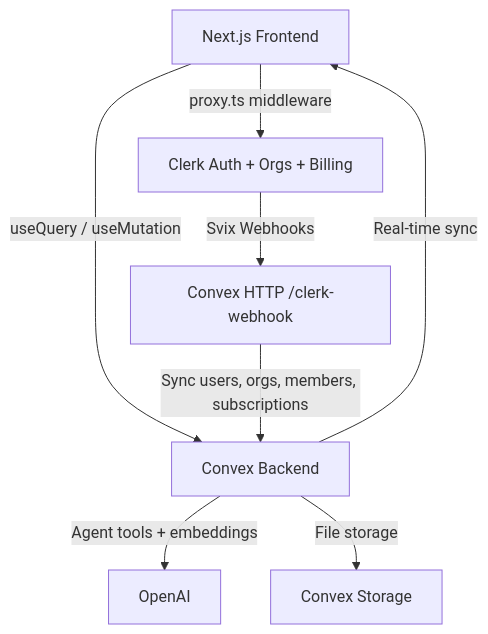
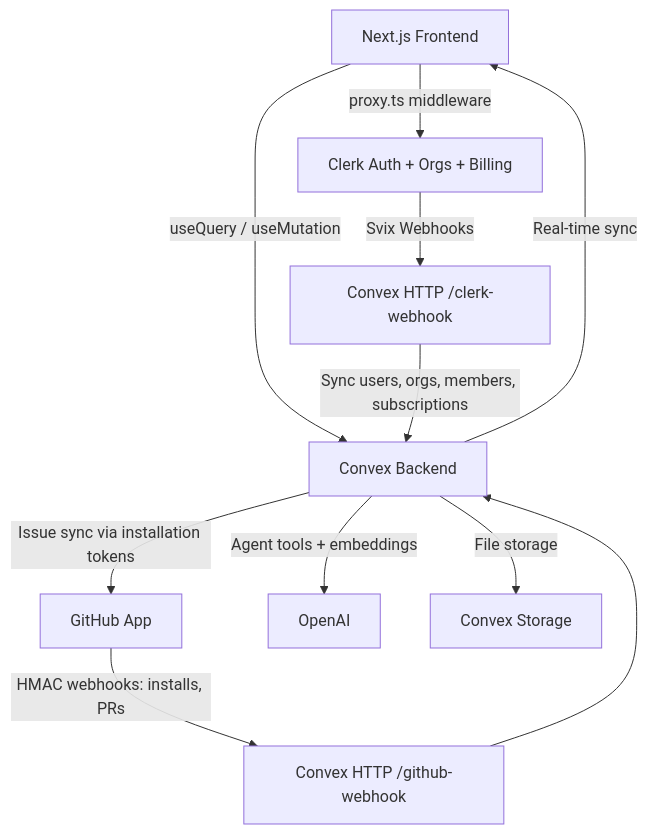
One commit to MasterBhuvnesh/skarm changed the diagram in .github/README.md. Above: the diagram before and after it, drawn with Mermaid. The commit also changed other lines of this file, not shown here.

First line of the commit message:
docs : README covers GitHub integration, sharing, analytics; setup moved to CONFIGURE.md

````diff
--- a/.github/README.md
+++ b/.github/README.md
@@ -68,10 +79,13 @@
 ```mermaid
 flowchart TB
     Browser[Next.js Frontend] -->|"useQuery / useMutation"| Convex[Convex Backend]
     Convex -->|"Real-time sync"| Browser
     Clerk[Clerk Auth + Orgs + Billing] -->|"Svix Webhooks"| ConvexHTTP["Convex HTTP /clerk-webhook"]
     ConvexHTTP -->|"Sync users, orgs, members, subscriptions"| Convex
+    GitHub[GitHub App] -->|"HMAC webhooks: installs, PRs"| GHHTTP["Convex HTTP /github-webhook"]
+    GHHTTP --> Convex
+    Convex -->|"Issue sync via installation tokens"| GitHub
     Convex -->|"Agent tools + embeddings"| OpenAI[OpenAI]
     Convex -->|"File storage"| Storage[Convex Storage]
     Browser -->|"proxy.ts middleware"| Clerk
 ```
````
